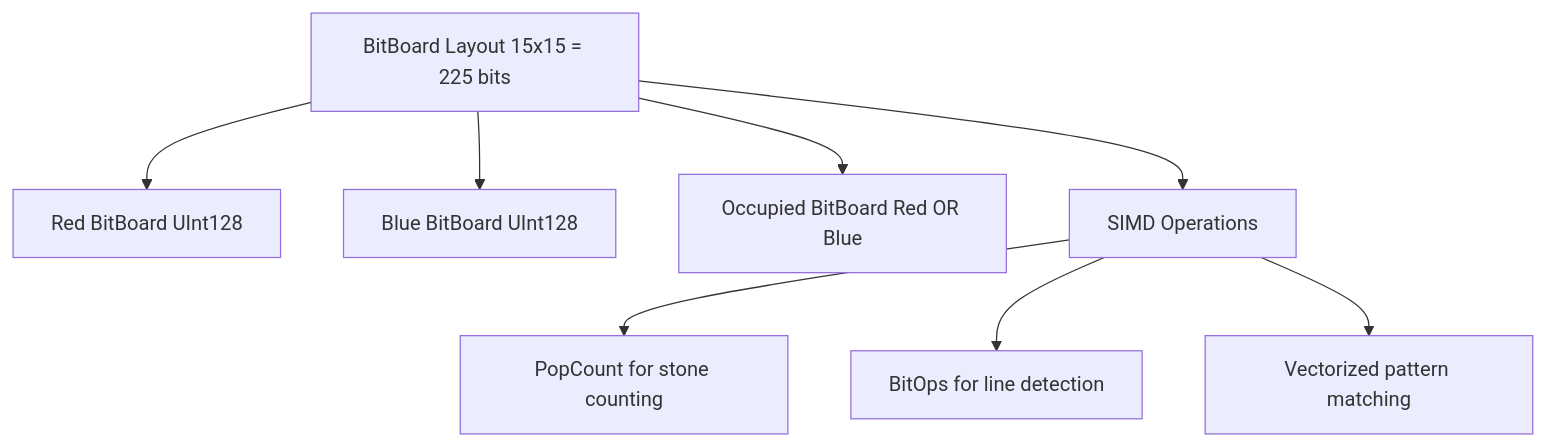
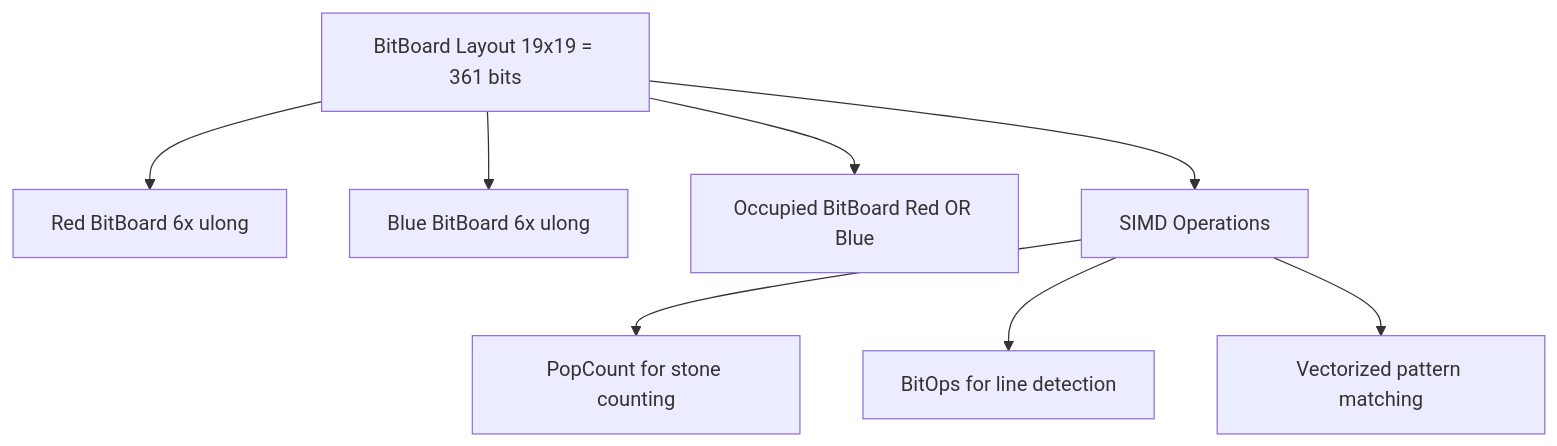
One commit to lavantien/caro-ai-pvp changed the second of 4 diagrams in README.md. Above: the diagram before and after it, drawn with Mermaid. The commit also changed other lines of this file, not shown here.

First line of the commit message:
docs: update README for 19x19 board and open rule

````diff
--- a/README.md
+++ b/README.md
@@ -135,11 +135,11 @@
 ```mermaid
 graph TD
-    A[BitBoard Layout 15x15 = 225 bits] --> B[Red BitBoard UInt128]
-    A --> C[Blue BitBoard UInt128]
+    A[BitBoard Layout 19x19 = 361 bits] --> B[Red BitBoard 6x ulong]
+    A --> C[Blue BitBoard 6x ulong]
     A --> D[Occupied BitBoard Red OR Blue]
     A --> E[SIMD Operations]
 
     E --> E1[PopCount for stone counting]
     E --> E2[BitOps for line detection]
     E --> E3[Vectorized pattern matching]
 ```
````
